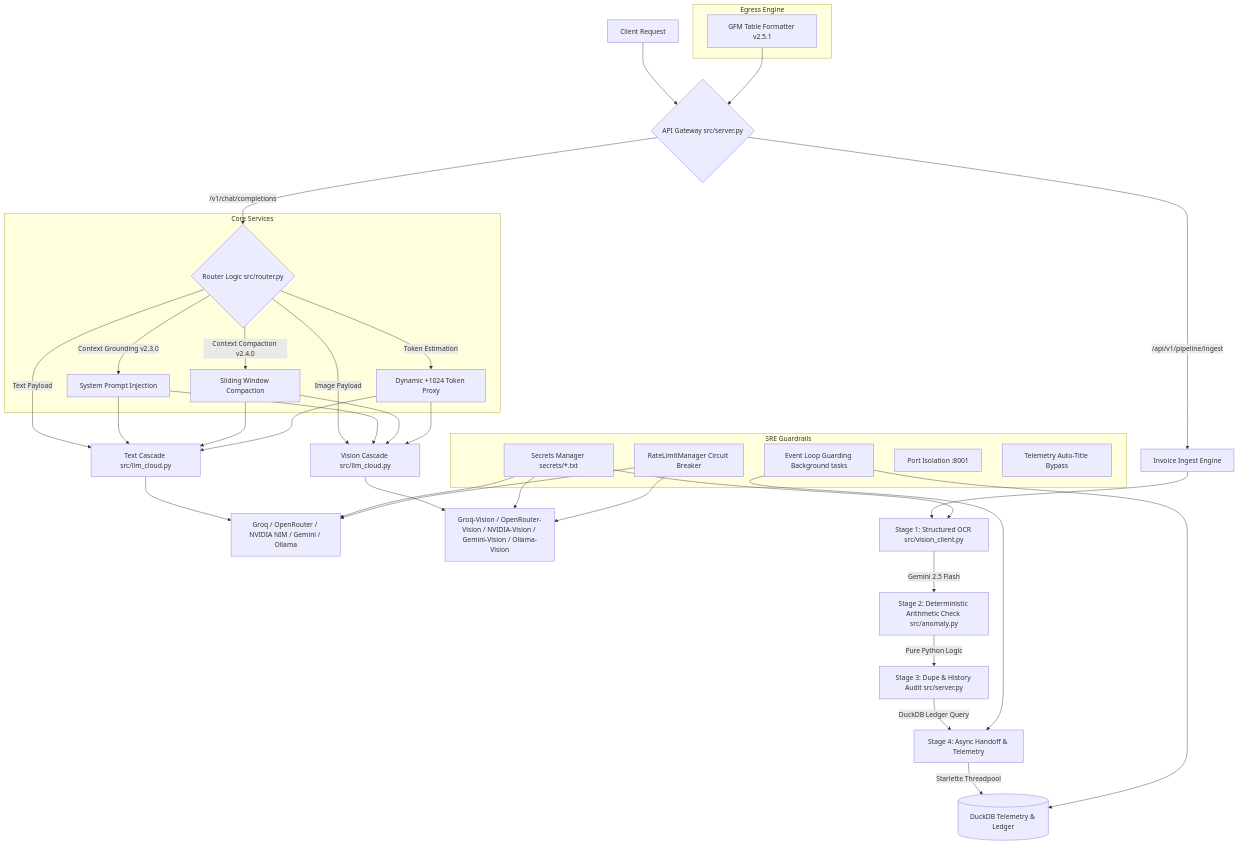
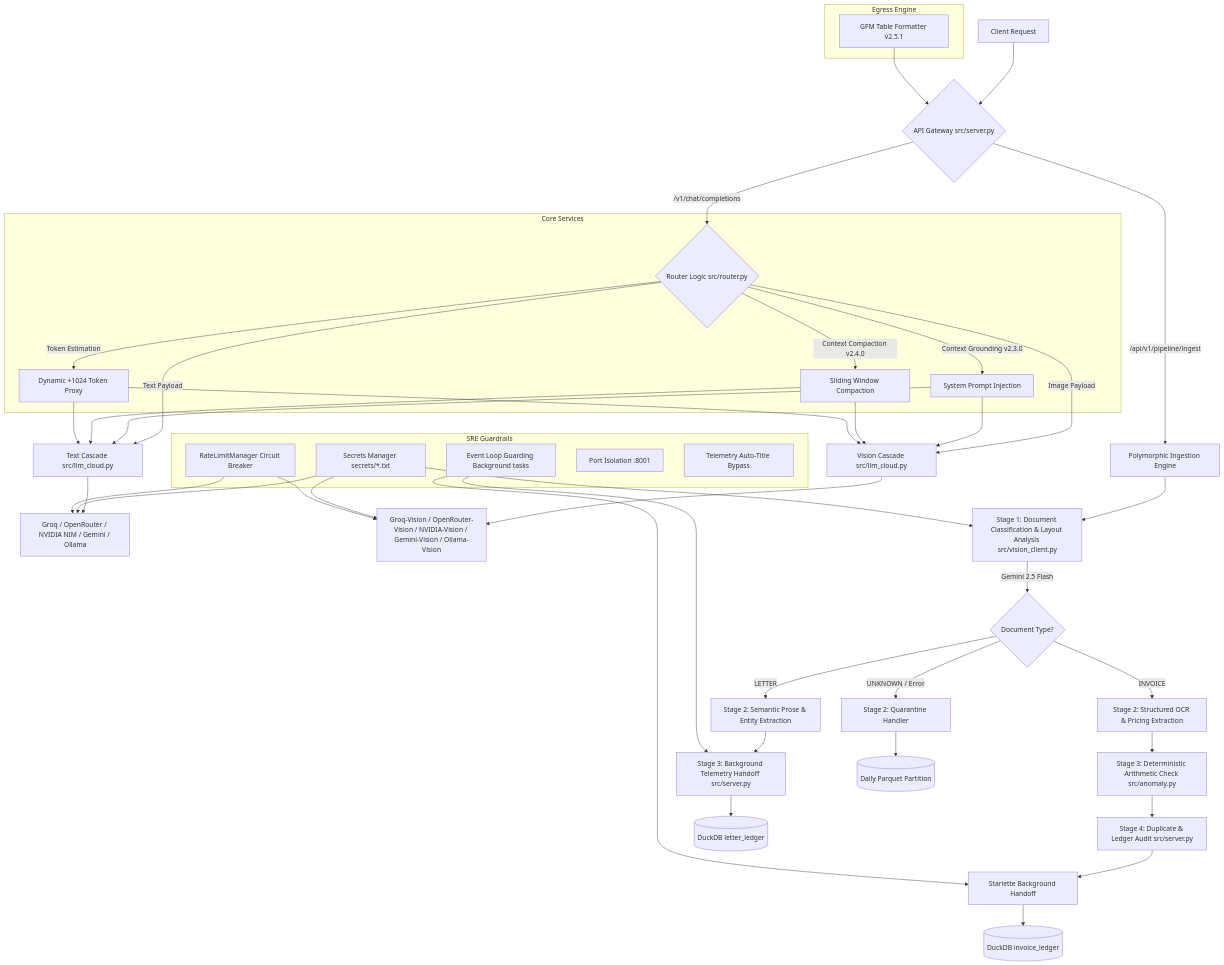
The diagram in README.md (hitanshuac/Hybrid-AI-Router-Vision), drawn with Mermaid before and after one commit. The commit also changed other lines of this file and 7 other files, not shown here.

Commit message:
docs & feat: lock Polymorphic Ingestion Engine and Port Isolation stable baseline

````diff
--- a/README.md
+++ b/README.md
@@ -137,47 +137,60 @@
 ```mermaid
 graph TD
     A[Client Request] --> B{API Gateway src/server.py};
     
     %% Gateway Flow
     B -- "/v1/chat/completions" --> C{Router Logic src/router.py};
     C -- Text Payload --> D[Text Cascade src/llm_cloud.py];
     C -- Image Payload --> E[Vision Cascade src/llm_cloud.py];
     
     D --> F[Groq / OpenRouter / NVIDIA NIM / Gemini / Ollama];
     E --> G[Groq-Vision / OpenRouter-Vision / NVIDIA-Vision / Gemini-Vision / Ollama-Vision];
     
-    %% Invoice Flow
-    B -- "/api/v1/pipeline/ingest" --> H[Invoice Ingest Engine];
-    H --> I[Stage 1: Structured OCR src/vision_client.py];
-    I -- Gemini 2.5 Flash --> J[Stage 2: Deterministic Arithmetic Check src/anomaly.py];
-    J -- Pure Python Logic --> K[Stage 3: Dupe & History Audit src/server.py];
-    K -- DuckDB Ledger Query --> L[Stage 4: Async Handoff & Telemetry];
-    L -- Starlette Threadpool --> M[(DuckDB Telemetry & Ledger)];
+    %% Polymorphic Ingestion Flow
+    B -- "/api/v1/pipeline/ingest" --> H[Polymorphic Ingestion Engine];
+    H --> I[Stage 1: Document Classification & Layout Analysis src/vision_client.py];
+    I -- Gemini 2.5 Flash --> J{Document Type?};
+    
+    %% Invoice Track
+    J -- INVOICE --> K[Stage 2: Structured OCR & Pricing Extraction];
+    K --> L[Stage 3: Deterministic Arithmetic Check src/anomaly.py];
+    L --> M[Stage 4: Duplicate & Ledger Audit src/server.py];
+    M --> N[Starlette Background Handoff];
+    N --> O[(DuckDB invoice_ledger)];
+    
+    %% Letter Track
+    J -- LETTER --> P[Stage 2: Semantic Prose & Entity Extraction];
+    P --> Q[Stage 3: Background Telemetry Handoff src/server.py];
+    Q --> R[(DuckDB letter_ledger)];
+    
+    %% Quarantine Track
+    J -- UNKNOWN / Error --> S[Stage 2: Quarantine Handler];
+    S --> T[(Daily Parquet Partition)];
     
     %% Subgraphs for Services
     subgraph Core Services
-        C -- Context Grounding v2.3.0 --> R[System Prompt Injection];
-        C -- Context Compaction v2.4.0 --> S[Sliding Window Compaction];
+        C -- Context Grounding v2.3.0 --> R_G[System Prompt Injection];
+        C -- Context Compaction v2.4.0 --> S_C[Sliding Window Compaction];
         C -- Token Estimation --> U[Dynamic +1024 Token Proxy];
     end
     
     subgraph SRE Guardrails
         X[Secrets Manager secrets/*.txt]
         Y[RateLimitManager Circuit Breaker]
         Z[Event Loop Guarding Background tasks]
         W[Port Isolation :8001]
         V[Telemetry Auto-Title Bypass]
     end
     
     subgraph Egress Engine
-        T[GFM Table Formatter v2.5.1]
+        T_E[GFM Table Formatter v2.5.1]
     end
 
-    R --> D; R --> E;
-    S --> D; S --> E;
+    R_G --> D; R_G --> E;
+    S_C --> D; S_C --> E;
     U --> D; U --> E;
     X --> F; X --> G; X --> I;
     Y --> F; Y --> G;
-    Z --> L; Z --> M;
-    T --> B;
+    Z --> N; Z --> Q;
+    T_E --> B;
 ```
````
